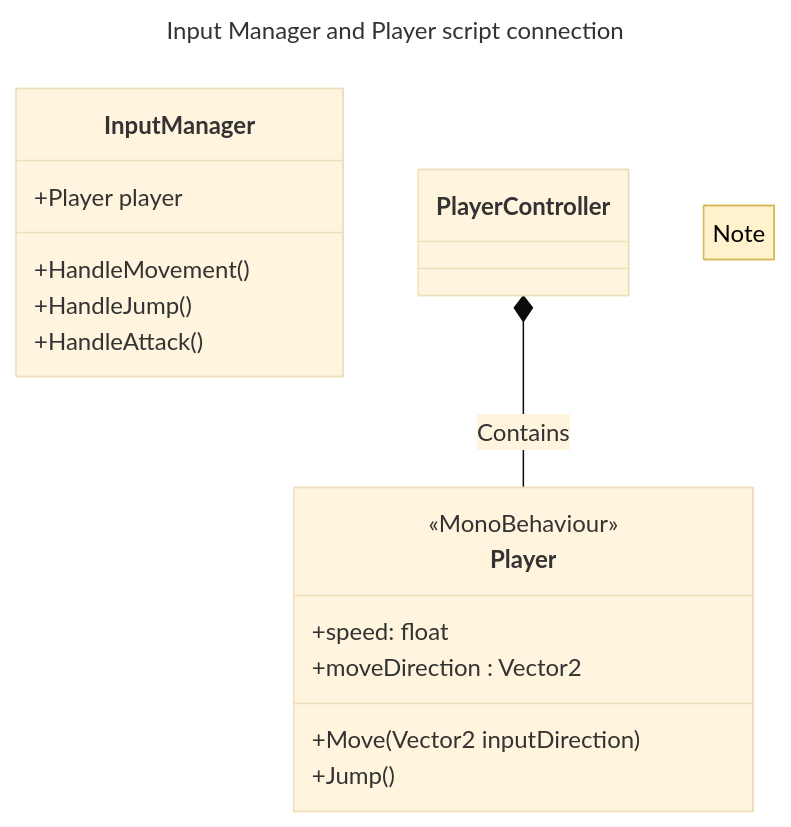
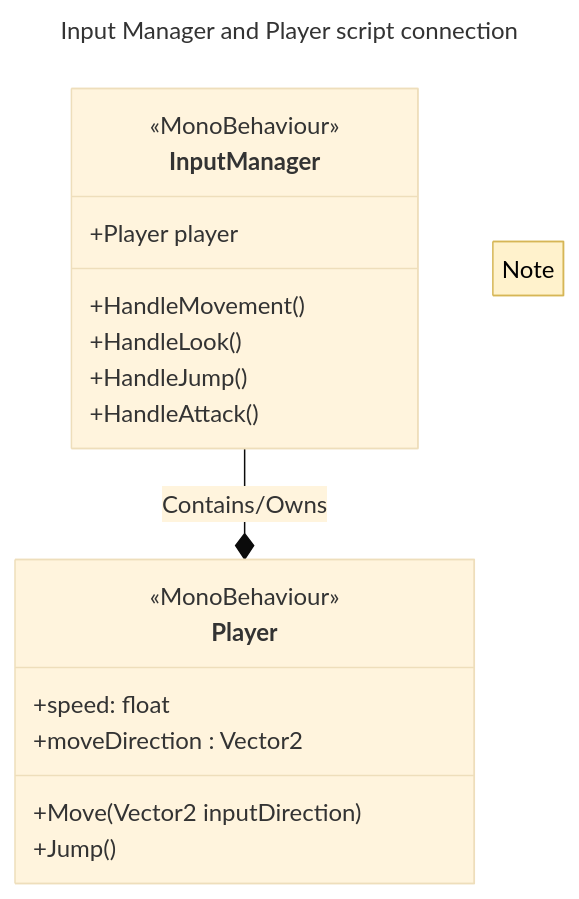
The diagram in Assets/Project Diagrams/input_manager_player_code_design.md (ThomasNRP4K/S2_Ba_26F_open_ended_unity), drawn with Mermaid before and after one commit.

````diff
--- a/Assets/Project Diagrams/input_manager_player_code_design.md
+++ b/Assets/Project Diagrams/input_manager_player_code_design.md
@@ -1,40 +1,42 @@
 ```mermaid
 ---
 title: Input Manager and Player script connection
 config:
   theme: base
   themeVariables:
     noteBkgColor: '#FFF2CC'
     noteBorderColor: '#D6B656'
     noteTextColor: '#000000'
 ---
 
 classDiagram
 
 	class InputManager{
+		<<MonoBehaviour>>
 		+Player player
 		+HandleMovement()
+		+HandleLook()
 		+HandleJump()
 		+HandleAttack()
 	}
 
 	class Player{
 		<<MonoBehaviour>>
 		+speed: float
 		+moveDirection : Vector2
 		+Move(Vector2 inputDirection)
 		+Jump()
 	}
 
 
 	%% Connections
-	PlayerController *-- Player: Contains
+	InputManager --* Player: Contains/Owns
 
 
 	%% notes
 	note "Note"
 
 
 
 
 ```
````
